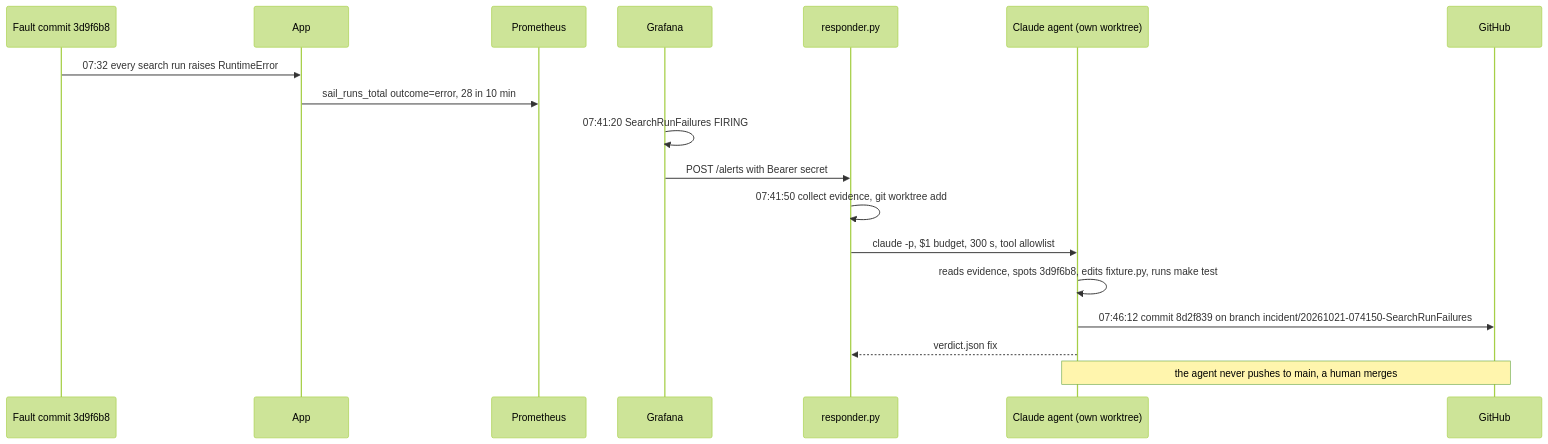
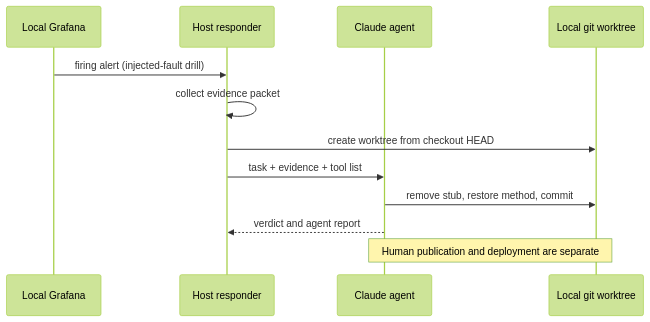
Before and after one commit to alexisdacquay/sail-event: the sixth of 6 diagrams in docs/reviewer-guide.md, drawn with Mermaid (forest theme). The commit also changed other lines of this file and 80 other files, not shown here.

````diff
--- a/docs/reviewer-guide.md
+++ b/docs/reviewer-guide.md
@@ -797,20 +615,14 @@
 ```mermaid
 sequenceDiagram
-  participant F as Fault commit 3d9f6b8
-  participant App
-  participant P as Prometheus
-  participant G as Grafana
-  participant R as responder.py
-  participant C as Claude agent (own worktree)
-  participant GH as GitHub
-  F->>App: 07:32 every search run raises RuntimeError
-  App->>P: sail_runs_total outcome=error, 28 in 10 min
-  G->>G: 07:41:20 SearchRunFailures FIRING
-  G->>R: POST /alerts with Bearer secret
-  R->>R: 07:41:50 collect evidence, git worktree add
-  R->>C: claude -p, $1 budget, 300 s, tool allowlist
-  C->>C: reads evidence, spots 3d9f6b8, edits fixture.py, runs make test
-  C->>GH: 07:46:12 commit 8d2f839 on branch incident/20261021-074150-SearchRunFailures
-  C-->>R: verdict.json fix
-  Note over C,GH: the agent never pushes to main, a human merges
+  participant G as Local Grafana
+  participant R as Host responder
+  participant A as Claude agent
+  participant Git as Local git worktree
+  G->>R: firing alert (injected-fault drill)
+  R->>R: collect evidence packet
+  R->>Git: create worktree from checkout HEAD
+  R->>A: task + evidence + tool list
+  A->>Git: remove stub, restore method, commit
+  A-->>R: verdict and agent report
+  Note over A,Git: Human publication and deployment are separate
 ```
````
